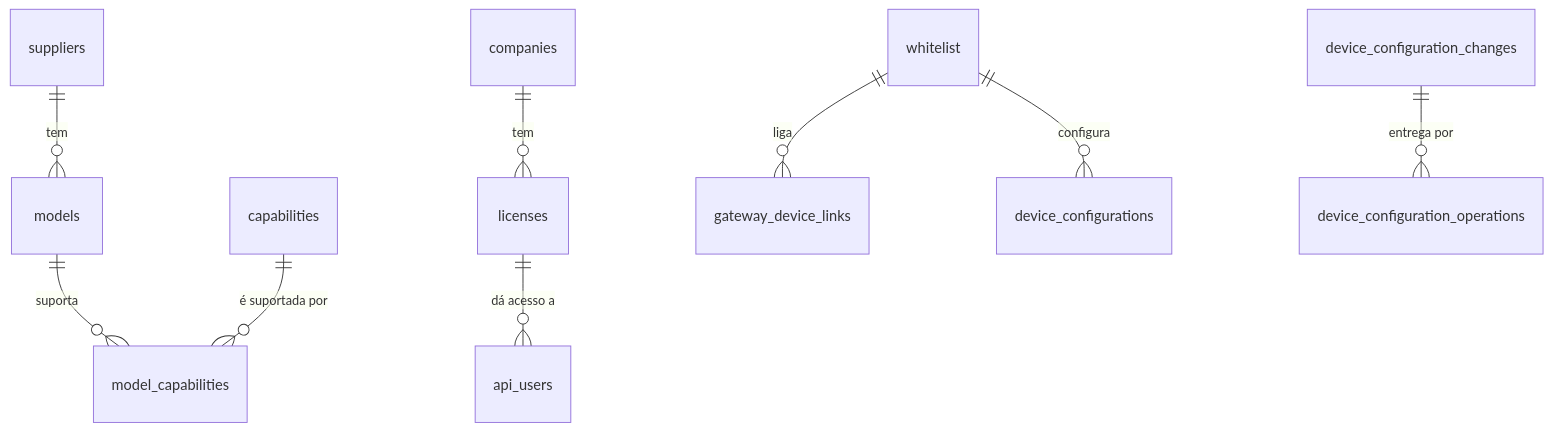
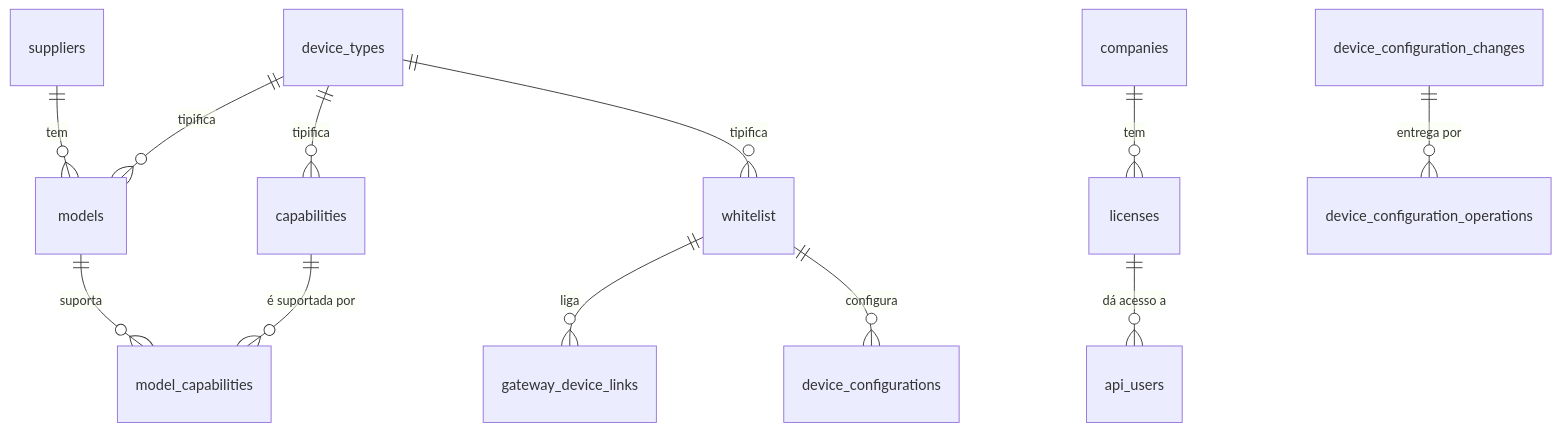
The first of 2 diagrams in docs/14-persistencia.md (hvieira512/havicare-hub), drawn with Mermaid before and after one commit. The commit also changed other lines of this file and 10 other files, not shown here.

````diff
--- a/docs/14-persistencia.md
+++ b/docs/14-persistencia.md
@@ -18,11 +18,14 @@
 ```mermaid
 erDiagram
     suppliers ||--o{ models : "tem"
+    device_types ||--o{ models : "tipifica"
+    device_types ||--o{ capabilities : "tipifica"
+    device_types ||--o{ whitelist : "tipifica"
     models ||--o{ model_capabilities : "suporta"
     capabilities ||--o{ model_capabilities : "é suportada por"
     companies ||--o{ licenses : "tem"
     licenses ||--o{ api_users : "dá acesso a"
     whitelist ||--o{ gateway_device_links : "liga"
     whitelist ||--o{ device_configurations : "configura"
     device_configuration_changes ||--o{ device_configuration_operations : "entrega por"
 ```
````
